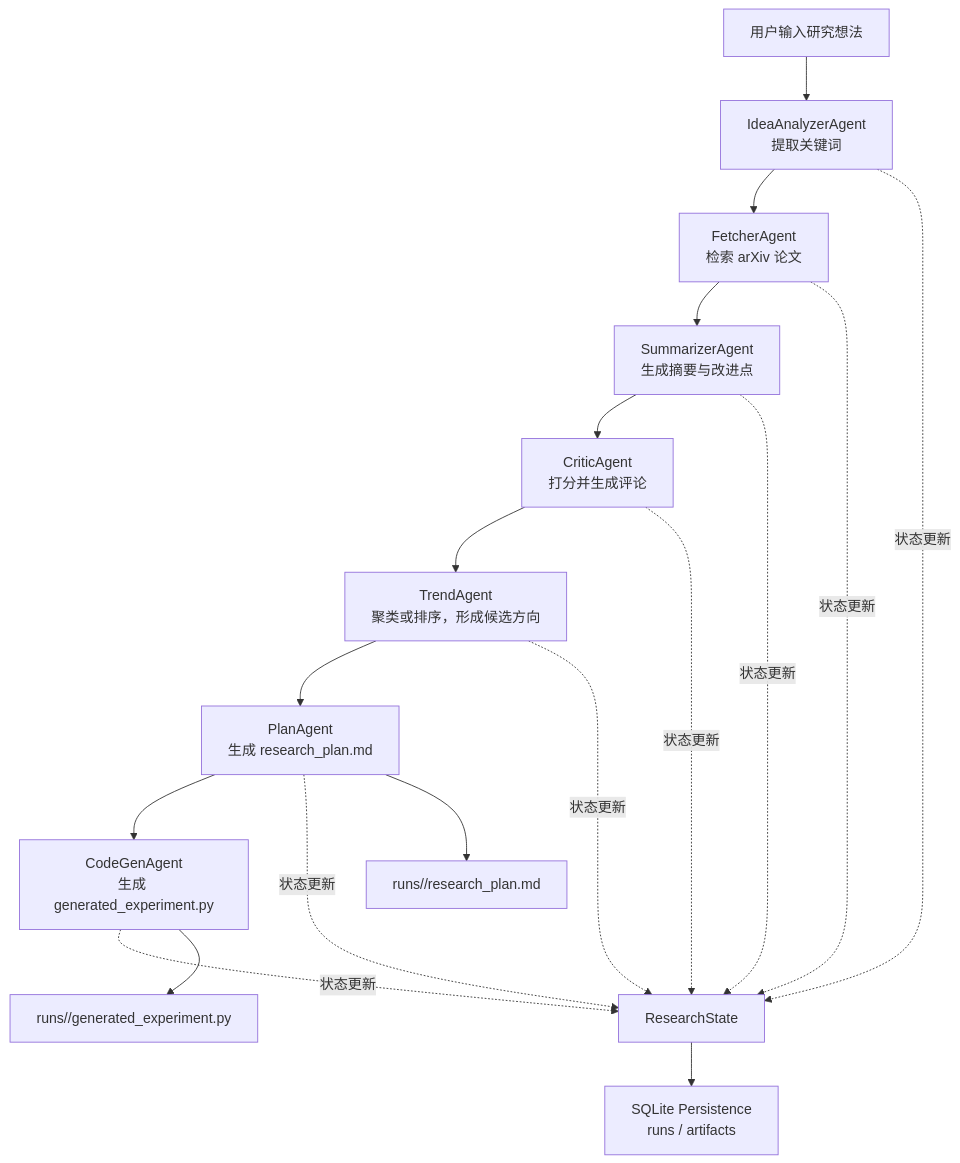
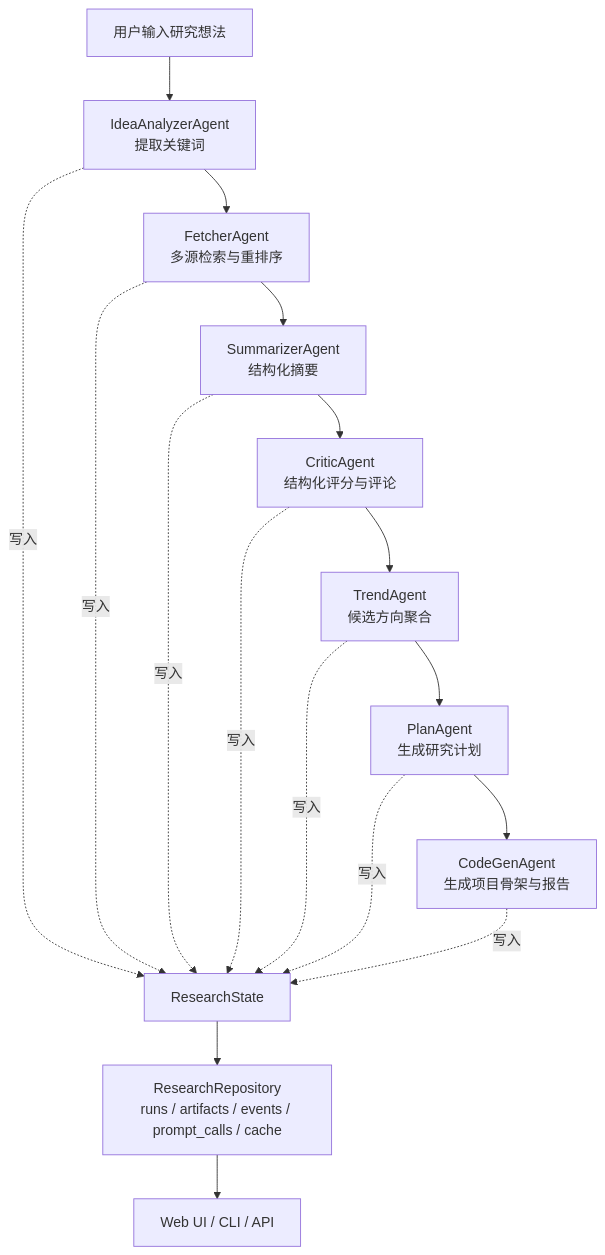
One commit to yumizhi/research-agent-lab changed the diagram in README.md. Above: the diagram before and after it, drawn with Mermaid. The commit also changed other lines of this file and 27 other files, not shown here.

````diff
--- a/README.md
+++ b/README.md
@@ -31,22 +43,21 @@
 ```mermaid
 flowchart TD
     A["用户输入研究想法"] --> B["IdeaAnalyzerAgent<br/>提取关键词"]
-    B --> C["FetcherAgent<br/>检索 arXiv 论文"]
-    C --> D["SummarizerAgent<br/>生成摘要与改进点"]
-    D --> E["CriticAgent<br/>打分并生成评论"]
-    E --> F["TrendAgent<br/>聚类或排序，形成候选方向"]
-    F --> G["PlanAgent<br/>生成 research_plan.md"]
-    G --> H["CodeGenAgent<br/>生成 generated_experiment.py"]
+    B --> C["FetcherAgent<br/>多源检索与重排序"]
+    C --> D["SummarizerAgent<br/>结构化摘要"]
+    D --> E["CriticAgent<br/>结构化评分与评论"]
+    E --> F["TrendAgent<br/>候选方向聚合"]
+    F --> G["PlanAgent<br/>生成研究计划"]
+    G --> H["CodeGenAgent<br/>生成项目骨架与报告"]
 
-    B -.状态更新.-> S["ResearchState"]
-    C -.状态更新.-> S
-    D -.状态更新.-> S
-    E -.状态更新.-> S
-    F -.状态更新.-> S
-    G -.状态更新.-> S
-    H -.状态更新.-> S
+    B -.写入.-> S["ResearchState"]
+    C -.写入.-> S
+    D -.写入.-> S
+    E -.写入.-> S
+    F -.写入.-> S
+    G -.写入.-> S
+    H -.写入.-> S
 
-    S --> P["SQLite Persistence<br/>runs / artifacts"]
-    G --> O["runs/<run_id>/research_plan.md"]
-    H --> Q["runs/<run_id>/generated_experiment.py"]
+    S --> R["ResearchRepository<br/>runs / artifacts / events / prompt_calls / cache"]
+    R --> UI["Web UI / CLI / API"]
 ```
````
